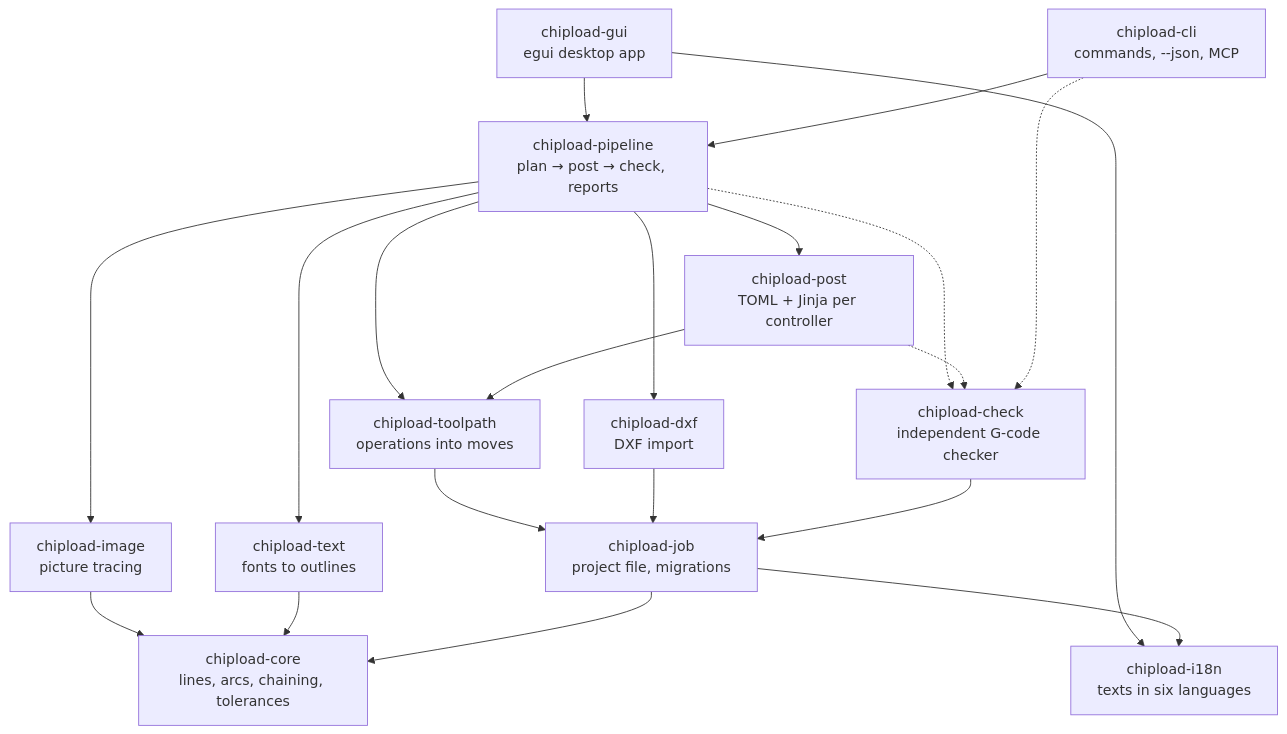
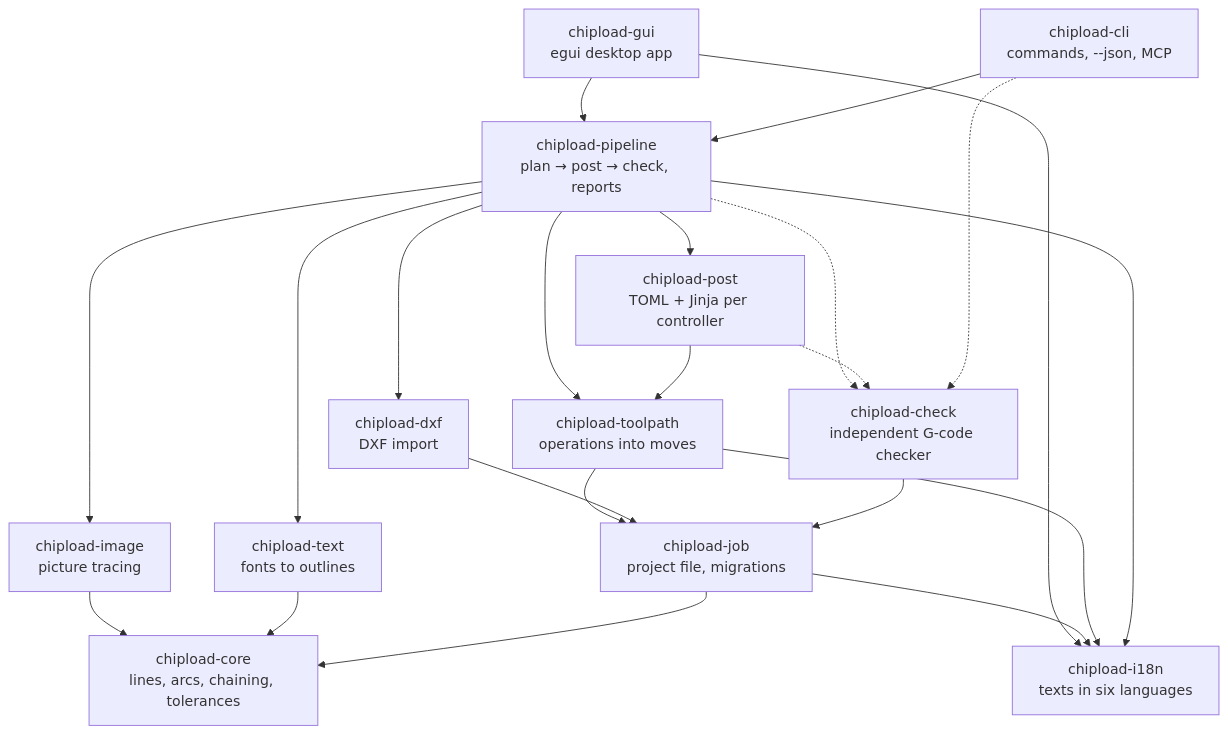
One commit to chipload/chipload changed the diagram in docs/architecture.md. Above: the diagram before and after it, drawn with Mermaid. The commit also changed other lines of this file and 41 other files, not shown here.

````diff
--- a/docs/architecture.md
+++ b/docs/architecture.md
@@ -15,22 +15,24 @@
 ```mermaid
 flowchart TB
     gui["chipload-gui<br/>egui desktop app"] --> pipeline
     cli["chipload-cli<br/>commands, --json, MCP"] --> pipeline
     pipeline["chipload-pipeline<br/>plan → post → check, reports"] --> post
     pipeline --> toolpath & dxf & image & text
     post["chipload-post<br/>TOML + Jinja per controller"] --> toolpath
     toolpath["chipload-toolpath<br/>operations into moves"] --> job
     dxf["chipload-dxf<br/>DXF import"] --> job
     image["chipload-image<br/>picture tracing"] --> core
     text["chipload-text<br/>fonts to outlines"] --> core
     job["chipload-job<br/>project file, migrations"] --> core
     core["chipload-core<br/>lines, arcs, chaining, tolerances"]
     i18n["chipload-i18n<br/>texts in six languages"]
     gui --> i18n
     job --> i18n
+    toolpath --> i18n
+    pipeline --> i18n
 
     check["chipload-check<br/>independent G-code checker"] --> job
     pipeline -.-> check
     post -.-> check
     cli -.-> check
 ```
````
